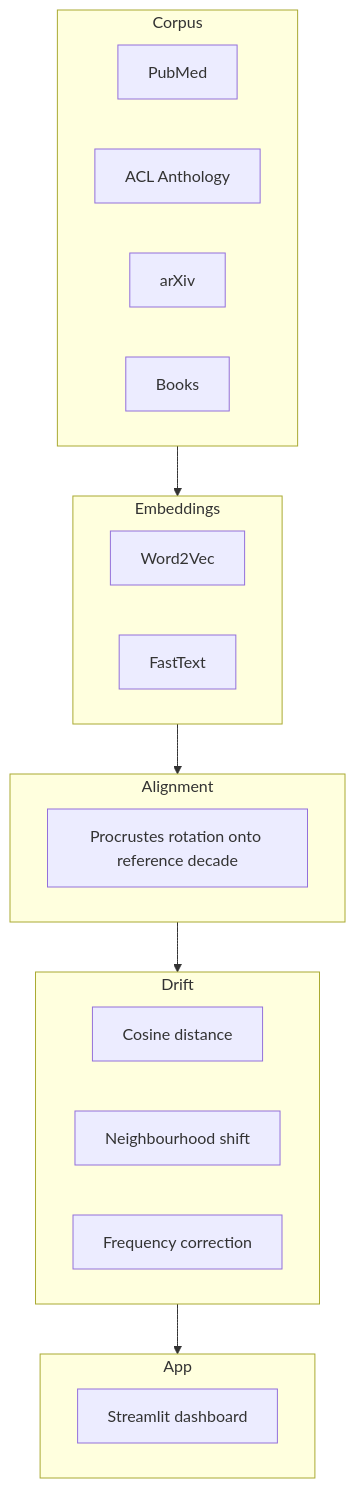
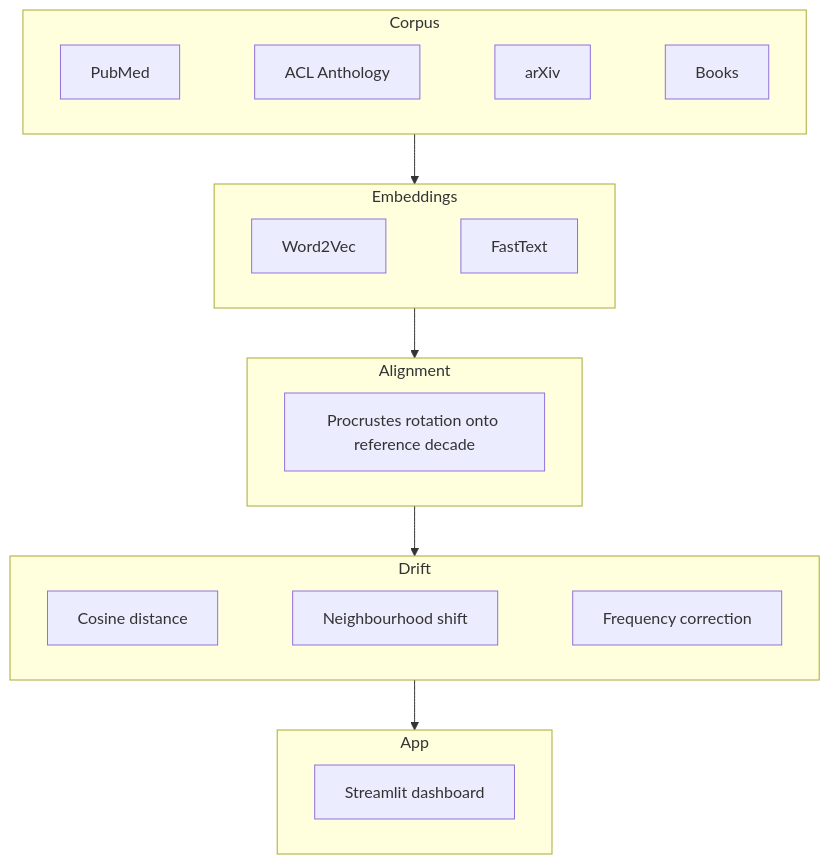
Before and after one commit to Dovalization/interpretant: the diagram in README.md, drawn with Mermaid.

Commit message:
docs(readme): use invisible edges to enforce horizontal node layout

````diff
--- a/README.md
+++ b/README.md
@@ -52,29 +52,29 @@
 ```mermaid
 flowchart TD
     subgraph corpus["Corpus"]
         direction LR
-        C1[PubMed] & C2[ACL Anthology] & C3[arXiv] & C4[Books]
+        C1[PubMed] ~~~ C2[ACL Anthology] ~~~ C3[arXiv] ~~~ C4[Books]
     end
 
     subgraph embed["Embeddings"]
         direction LR
-        E1[Word2Vec] & E2[FastText]
+        E1[Word2Vec] ~~~ E2[FastText]
     end
 
     subgraph align["Alignment"]
         direction LR
         A1[Procrustes rotation onto reference decade]
     end
 
     subgraph drift["Drift"]
         direction LR
-        D1[Cosine distance] & D2[Neighbourhood shift] & D3[Frequency correction]
+        D1[Cosine distance] ~~~ D2[Neighbourhood shift] ~~~ D3[Frequency correction]
     end
 
     subgraph app["App"]
         direction LR
         P1[Streamlit dashboard]
     end
 
     corpus --> embed --> align --> drift --> app
 ```
````
